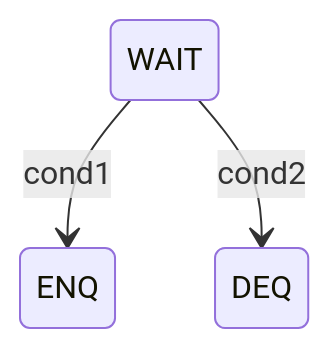
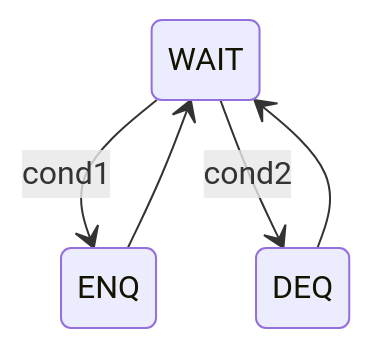
One commit to richardlee159/co-lab changed the diagram in lab2_resource/report.md. Above: the diagram before and after it, drawn with Mermaid. The commit also changed other lines of this file and 9 other files, not shown here.

````diff
--- a/lab2_resource/report.md
+++ b/lab2_resource/report.md
@@ -1,6 +31,7 @@
 ```mermaid
 stateDiagram
 	WAIT --> ENQ : cond1
 	WAIT --> DEQ : cond2
-	%%c
+	ENQ --> WAIT
+	DEQ --> WAIT
 ```
````
